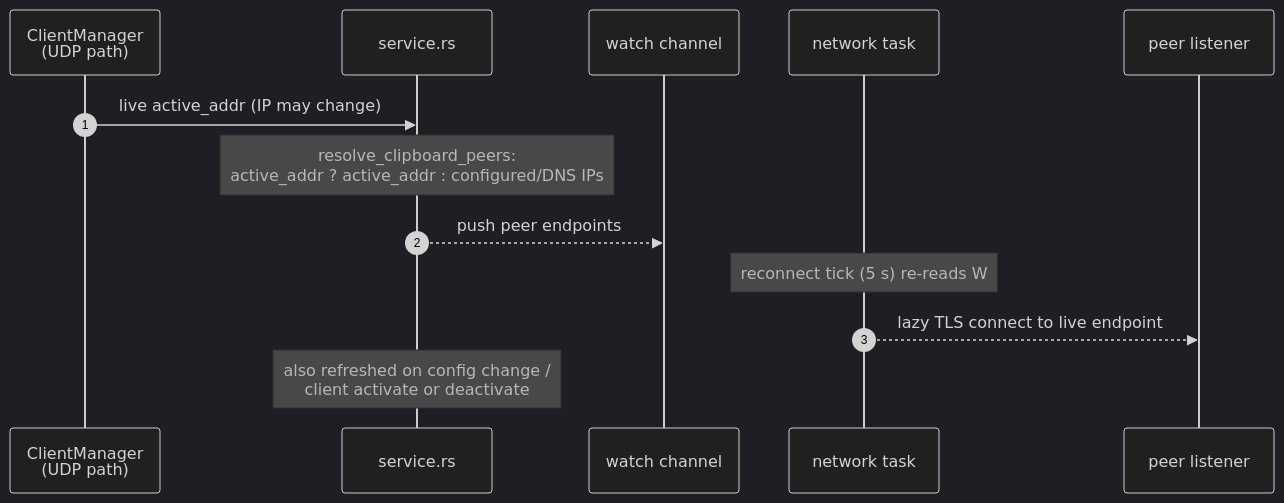
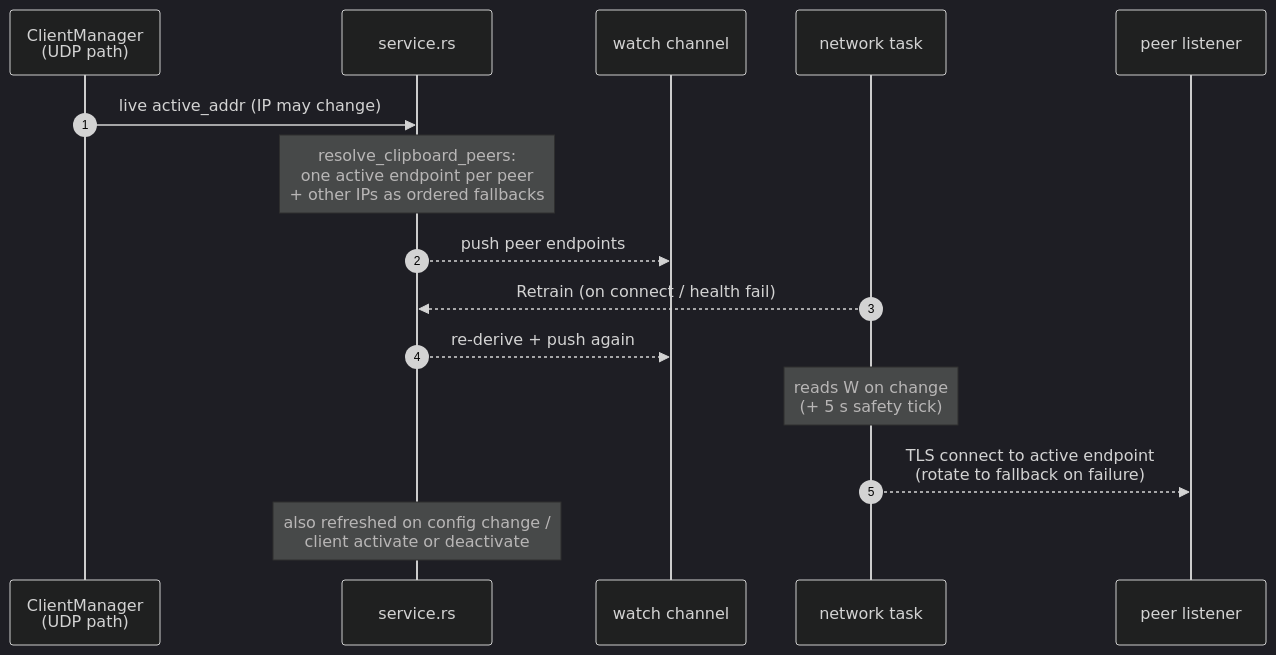
The ninth of 10 diagrams in CLIPBOARD.md (zakyhassani/lan-mouse-clipboard), drawn with Mermaid (dark theme) before and after one commit. The commit also changed other lines of this file and 7 other files, not shown here.

First line of the commit message:
feat: clipboard health check, IP retrain, single peer channel

````diff
--- a/CLIPBOARD.md
+++ b/CLIPBOARD.md
@@ -330,16 +353,18 @@
 ```mermaid
 sequenceDiagram
     autonumber
     participant M as ClientManager<br/>(UDP path)
     participant S as service.rs
     participant W as watch channel
     participant N as network task
     participant P as peer listener
 
     M->>S: live active_addr (IP may change)
-    Note over S: resolve_clipboard_peers:<br/>active_addr ? active_addr : configured/DNS IPs
+    Note over S: resolve_clipboard_peers:<br/>one active endpoint per peer<br/>+ other IPs as ordered fallbacks
     S-->>W: push peer endpoints
-    Note over N: reconnect tick (5 s) re-reads W
-    N-->>P: lazy TLS connect to live endpoint
+    N-->>S: Retrain (on connect / health fail)
+    S-->>W: re-derive + push again
+    Note over N: reads W on change<br/>(+ 5 s safety tick)
+    N-->>P: TLS connect to active endpoint<br/>(rotate to fallback on failure)
     Note over S: also refreshed on config change /<br/>client activate or deactivate
 ```
````
